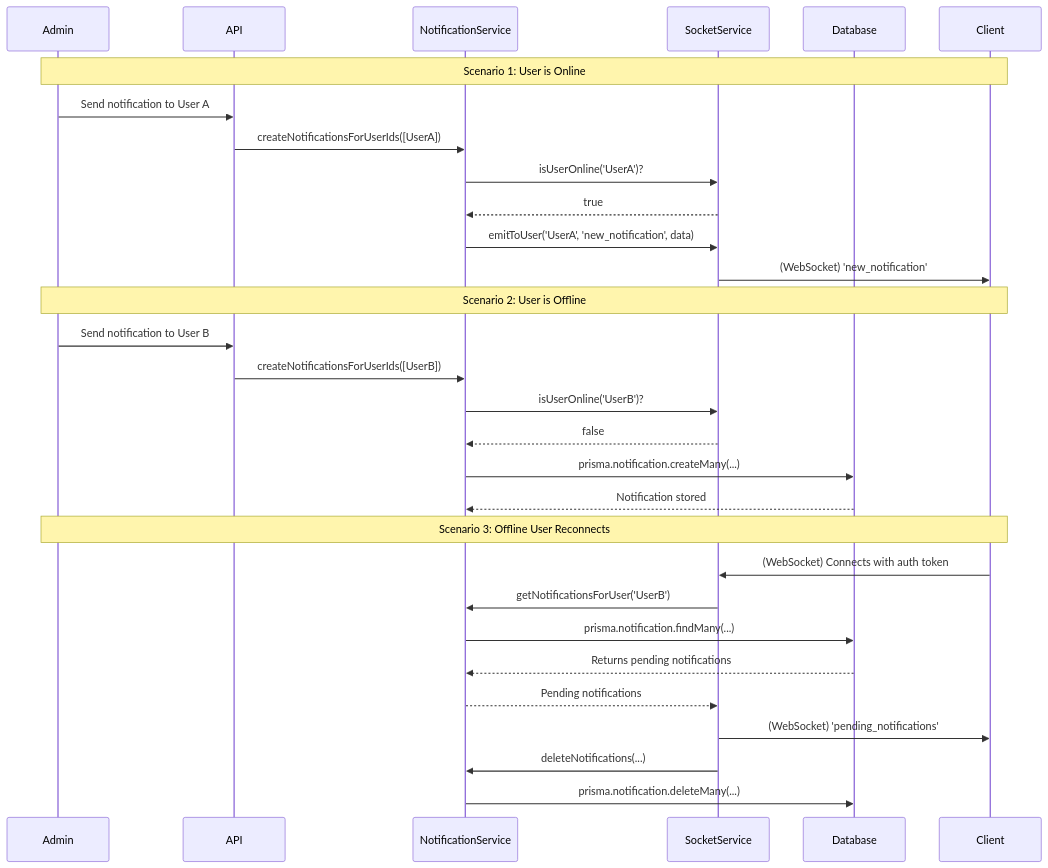
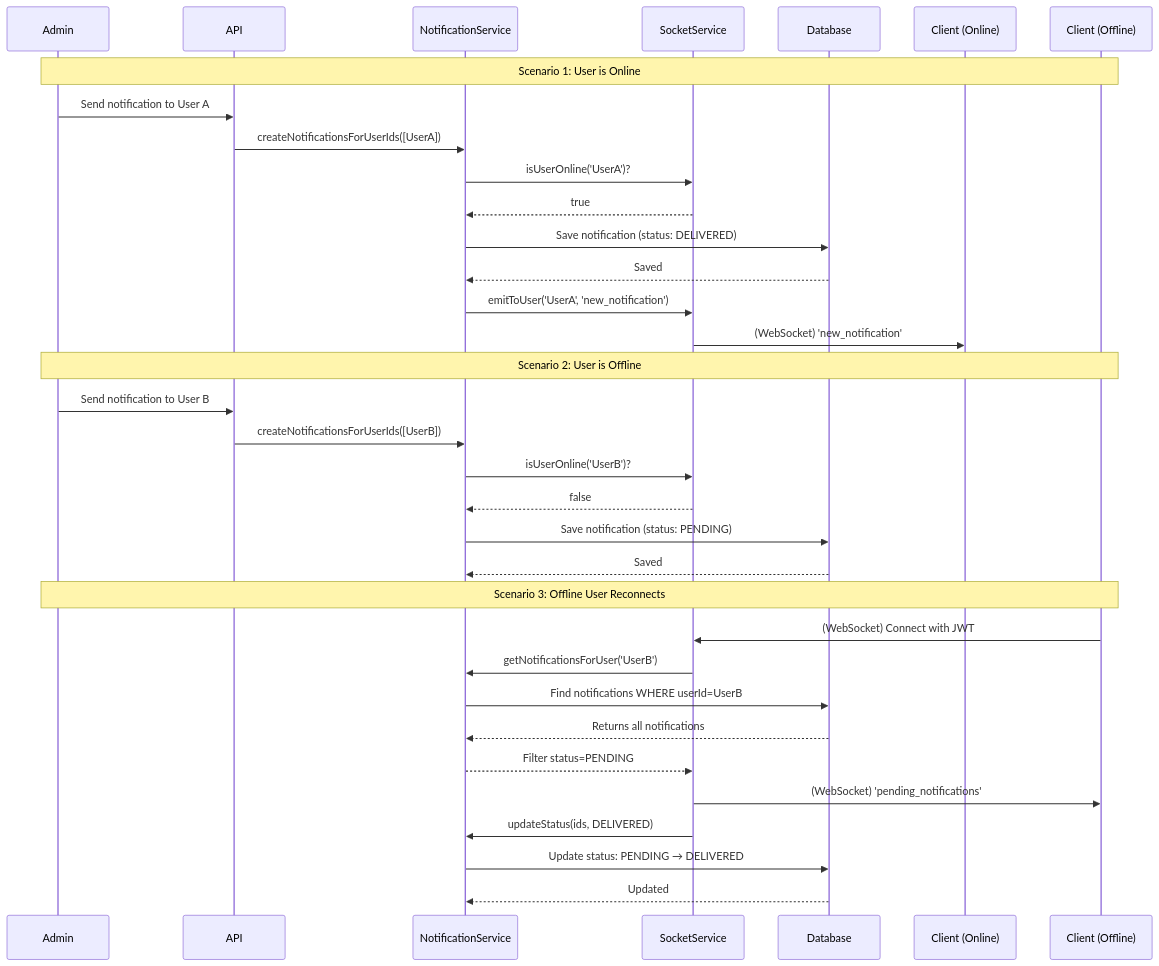
One commit to aymenkani/nodejs-starter-template-lv1 changed the diagram in documentation/docs/socketio-service.md. Above: the diagram before and after it, drawn with Mermaid. The commit also changed other lines of this file and 90 other files, not shown here.

````diff
--- a/documentation/docs/socketio-service.md
+++ b/documentation/docs/socketio-service.md
@@ -67,35 +159,39 @@
 ```mermaid
 sequenceDiagram
     participant Admin
     participant API
     participant NotificationService
     participant SocketService
     participant DB as Database
-    participant Client
+    participant OnlineClient as Client (Online)
+    participant OfflineClient as Client (Offline)
 
-    Note over Admin, Client: Scenario 1: User is Online
+    Note over Admin, OfflineClient: Scenario 1: User is Online
     Admin->>API: Send notification to User A
     API->>NotificationService: createNotificationsForUserIds([UserA])
     NotificationService->>SocketService: isUserOnline('UserA')?
     SocketService-->>NotificationService: true
-    NotificationService->>SocketService: emitToUser('UserA', 'new_notification', data)
-    SocketService->>Client: (WebSocket) 'new_notification'
+    NotificationService->>DB: Save notification (status: DELIVERED)
+    DB-->>NotificationService: Saved
+    NotificationService->>SocketService: emitToUser('UserA', 'new_notification')
+    SocketService->>OnlineClient: (WebSocket) 'new_notification'
 
-    Note over Admin, Client: Scenario 2: User is Offline
+    Note over Admin, OfflineClient: Scenario 2: User is Offline
     Admin->>API: Send notification to User B
     API->>NotificationService: createNotificationsForUserIds([UserB])
     NotificationService->>SocketService: isUserOnline('UserB')?
     SocketService-->>NotificationService: false
-    NotificationService->>DB: prisma.notification.createMany(...)
-    DB-->>NotificationService: Notification stored
+    NotificationService->>DB: Save notification (status: PENDING)
+    DB-->>NotificationService: Saved
 
-    Note over Admin, Client: Scenario 3: Offline User Reconnects
-    Client->>SocketService: (WebSocket) Connects with auth token
+    Note over Admin, OfflineClient: Scenario 3: Offline User Reconnects
+    OfflineClient->>SocketService: (WebSocket) Connect with JWT
     SocketService->>NotificationService: getNotificationsForUser('UserB')
-    NotificationService->>DB: prisma.notification.findMany(...)
-    DB-->>NotificationService: Returns pending notifications
-    NotificationService-->>SocketService: Pending notifications
-    SocketService->>Client: (WebSocket) 'pending_notifications'
-    SocketService->>NotificationService: deleteNotifications(...)
-    NotificationService->>DB: prisma.notification.deleteMany(...)
+    NotificationService->>DB: Find notifications WHERE userId=UserB
+    DB-->>NotificationService: Returns all notifications
+    NotificationService-->>SocketService: Filter status=PENDING
+    SocketService->>OfflineClient: (WebSocket) 'pending_notifications'
+    SocketService->>NotificationService: updateStatus(ids, DELIVERED)
+    NotificationService->>DB: Update status: PENDING → DELIVERED
+    DB-->>NotificationService: Updated
 ```
````
